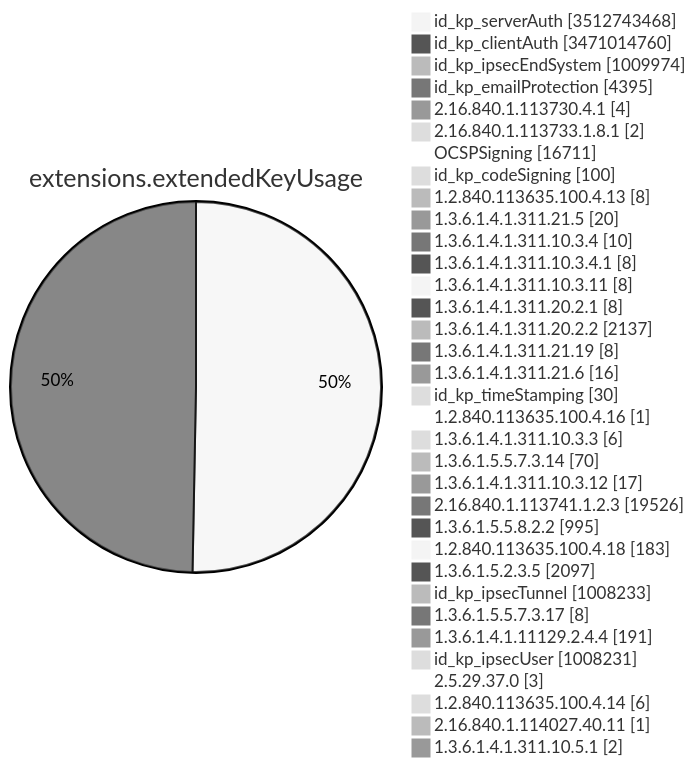
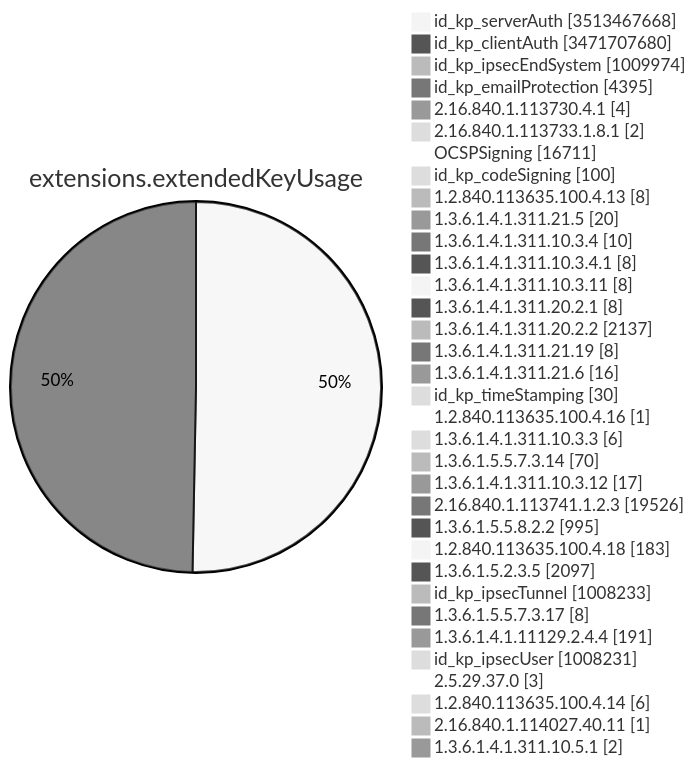
Diagram 11 of 15 in TOTAL/README.md (christiankrug/ctmonitor_visualization), drawn with Mermaid (neutral theme) before and after one commit. The commit also changed other lines of this file, not shown here.

````diff
--- a/TOTAL/README.md
+++ b/TOTAL/README.md
@@ -4126,38 +4126,38 @@
 ```mermaid
 pie showData
 title extensions.extendedKeyUsage
-"id_kp_serverAuth" :3512743468
-"id_kp_clientAuth" :3471014760
+"id_kp_serverAuth" :3513467668
+"id_kp_clientAuth" :3471707680
 "id_kp_ipsecEndSystem" :1009974
 "id_kp_emailProtection" :4395
 "2.16.840.1.113730.4.1" :4
 "2.16.840.1.113733.1.8.1" :2
 "OCSPSigning" :16711
 "id_kp_codeSigning" :100
 "1.2.840.113635.100.4.13" :8
 "1.3.6.1.4.1.311.21.5" :20
 "1.3.6.1.4.1.311.10.3.4" :10
 "1.3.6.1.4.1.311.10.3.4.1" :8
 "1.3.6.1.4.1.311.10.3.11" :8
 "1.3.6.1.4.1.311.20.2.1" :8
 "1.3.6.1.4.1.311.20.2.2" :2137
 "1.3.6.1.4.1.311.21.19" :8
 "1.3.6.1.4.1.311.21.6" :16
 "id_kp_timeStamping" :30
 "1.2.840.113635.100.4.16" :1
 "1.3.6.1.4.1.311.10.3.3" :6
 "1.3.6.1.5.5.7.3.14" :70
 "1.3.6.1.4.1.311.10.3.12" :17
 "2.16.840.1.113741.1.2.3" :19526
 "1.3.6.1.5.5.8.2.2" :995
 "1.2.840.113635.100.4.18" :183
 "1.3.6.1.5.2.3.5" :2097
 "id_kp_ipsecTunnel" :1008233
 "1.3.6.1.5.5.7.3.17" :8
 "1.3.6.1.4.1.11129.2.4.4" :191
 "id_kp_ipsecUser" :1008231
 "2.5.29.37.0" :3
 "1.2.840.113635.100.4.14" :6
 "2.16.840.1.114027.40.11" :1
 "1.3.6.1.4.1.311.10.5.1" :2
 ```
````
